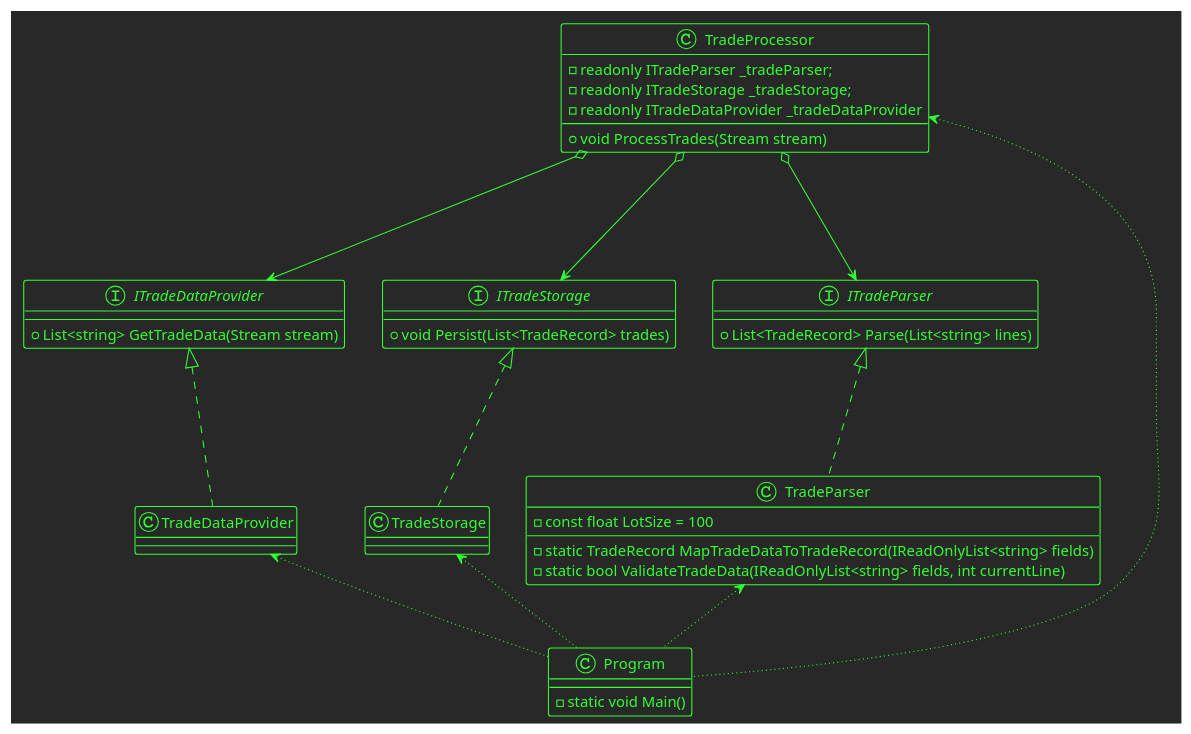
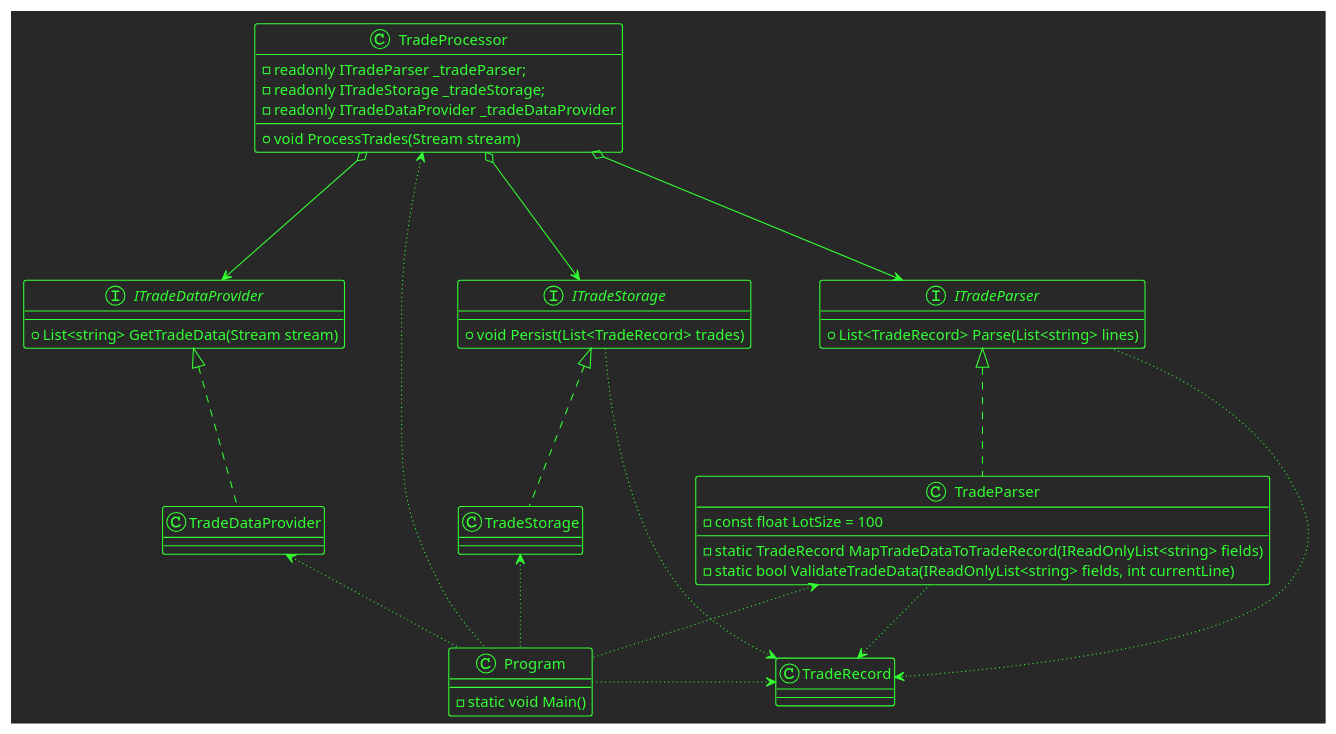
One commit to Shane-Wilson-class/solid-project-1 changed the diagram in solid-project-1/solid-project-1.puml. Above: the diagram before and after it, drawn with PlantUML.

Commit message:
made some changes

```diff
--- a/solid-project-1/solid-project-1.puml
+++ b/solid-project-1/solid-project-1.puml
@@ -1,45 +1,51 @@
 @startuml
 !theme crt-green
 interface ITradeDataProvider{
 + List<string> GetTradeData(Stream stream)
 }
 interface ITradeParser
 {
  + List<TradeRecord> Parse(List<string> lines)
 }
 interface ITradeStorage
 {
   + void Persist(List<TradeRecord> trades)
 }
 class TradeDataProvider
 class TradeParser {
 - const float LotSize = 100
 - static TradeRecord MapTradeDataToTradeRecord(IReadOnlyList<string> fields)
 - static bool ValidateTradeData(IReadOnlyList<string> fields, int currentLine)
 
 }
 class TradeStorage
+class TradeRecord
 
 class TradeProcessor {
  - readonly ITradeParser _tradeParser;
  - readonly ITradeStorage _tradeStorage;
  - readonly ITradeDataProvider _tradeDataProvider
  +  void ProcessTrades(Stream stream)
 }
 TradeProcessor o--->ITradeParser
 TradeProcessor o--->ITradeDataProvider
 TradeProcessor o--->ITradeStorage
 
 TradeParser ...up|> ITradeParser
 TradeStorage ...up|> ITradeStorage
 TradeDataProvider ...up|> ITradeDataProvider
 
 class Program {
 - static void Main()
 }
 
 Program -up[dotted]->TradeParser
 Program -up[dotted]->TradeStorage
 Program -up[dotted]->TradeDataProvider
 Program -up[dotted]->TradeProcessor
+
+ITradeParser-down[dotted]-->TradeRecord
+ITradeStorage-down[dotted]-->TradeRecord
+TradeParser-right[dotted]-->TradeRecord
+Program-right[dotted]-->TradeRecord
 @enduml
```
